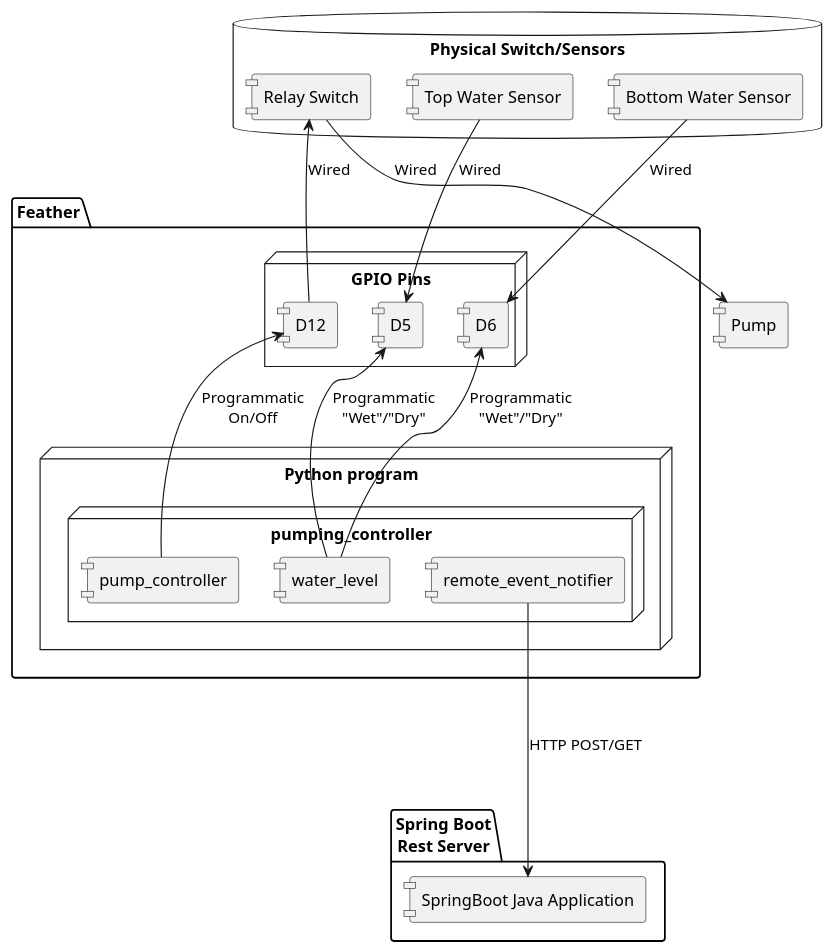
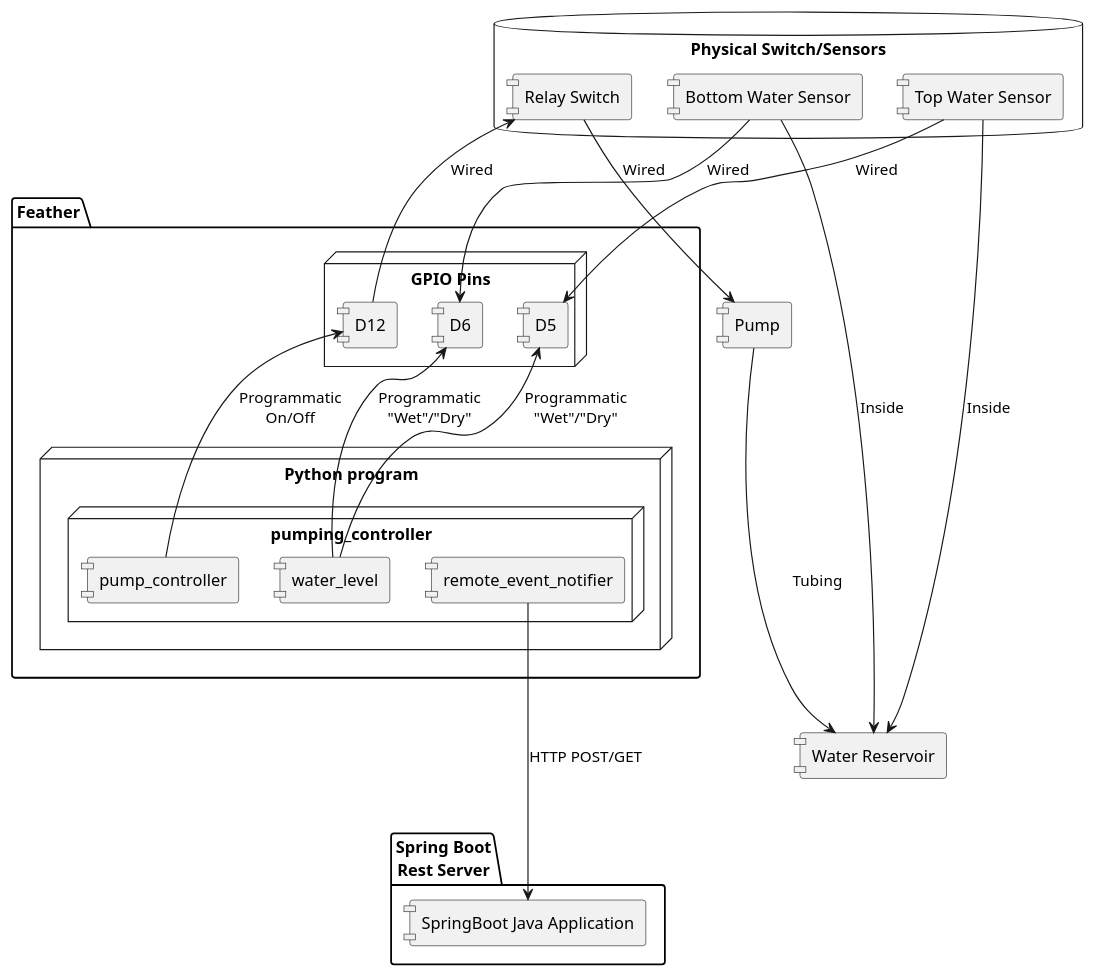
One commit to silaswilson87/crusher changed the diagram in documentation/pump_component.puml. Above: the diagram before and after it, drawn with PlantUML. The commit also changed 1 other file, not shown here.

Commit message:
Tweak pump_component diagram

```diff
--- a/documentation/pump_component.puml
+++ b/documentation/pump_component.puml
@@ -1,37 +1,41 @@
 @startuml
 'https://plantuml.com/component-diagram
 skinparam componentStyle uml1
 
 [Pump]
+[Water Reservoir]
 
 package "Feather" {
    node "GPIO Pins" {
     [D5]
     [D6]
     [D12]
    }
     node "Python program"{
        node "pumping_controller" {
        [remote_event_notifier]
        [pump_controller]
        [water_level]
        }
     }
   [pump_controller] -up-> [D12]:Programmatic\nOn/Off
   [water_level] -up-> [D5]:Programmatic\n"Wet"/"Dry"
   [water_level] -up-> [D6]:Programmatic\n"Wet"/"Dry"
 }
 
 package "Spring Boot\nRest Server" {
   [SpringBoot Java Application]
 }
 
 
 database "Physical Switch/Sensors" {
    [D12]--> [Relay Switch]:Wired
    [Relay Switch]--> [Pump]:Wired
    [Top Water Sensor] --> [D5]:Wired
    [Bottom Water Sensor]--> [D6]:Wired
 }
 [remote_event_notifier] --down-> [SpringBoot Java Application]:HTTP POST/GET
+[Top Water Sensor] --down-> [Water Reservoir]:Inside
+[Bottom Water Sensor] --down-> [Water Reservoir]:Inside
+[Pump] --down-> [Water Reservoir]:Tubing
 @enduml
```
